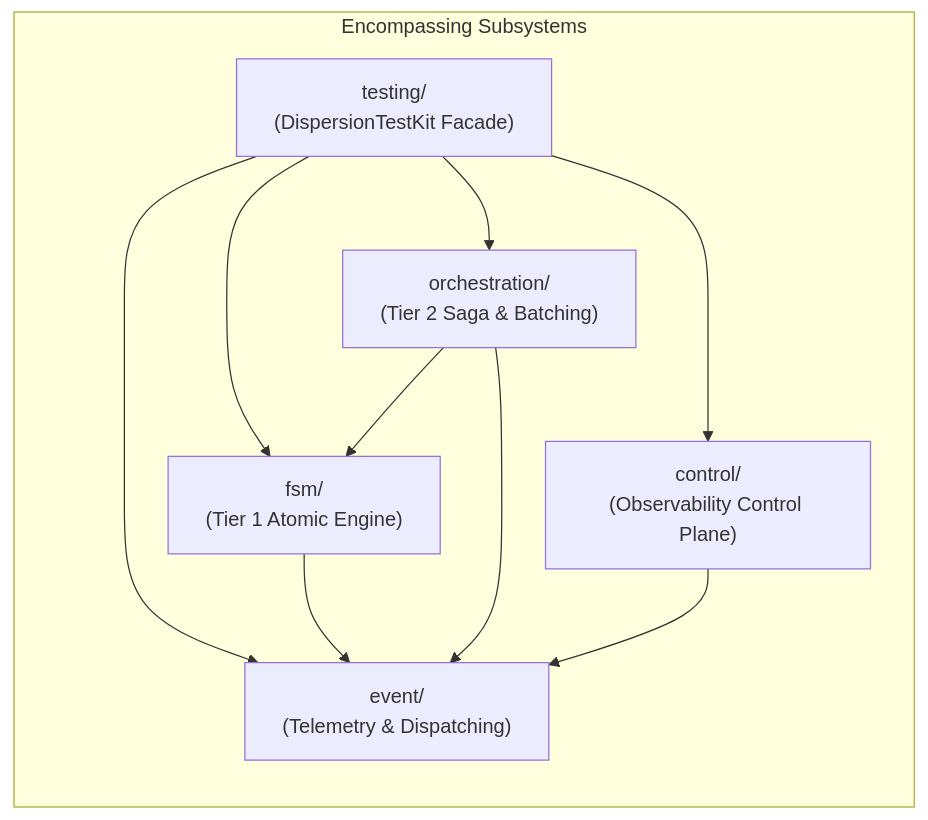
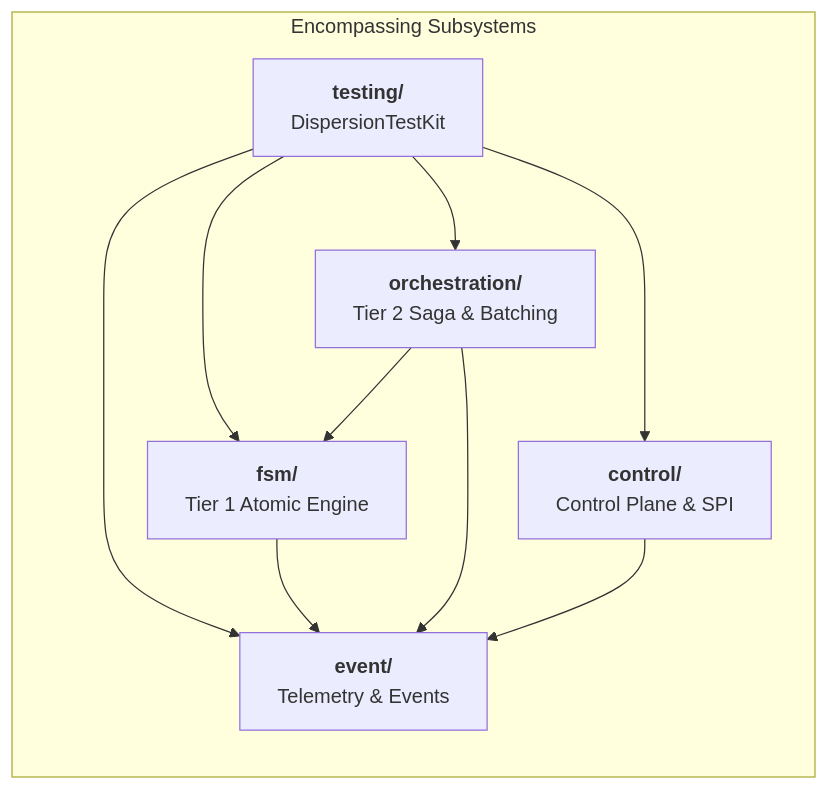
The second of 2 diagrams in README.md (f442y/dispersion), drawn with Mermaid before and after one commit. The commit also changed other lines of this file, not shown here.

Commit message:
docs: polish landing page README with hero ASCII banner, capability cards, styled mermaid diagram, and benchmark comparison

````diff
--- a/README.md
+++ b/README.md
@@ -176,16 +271,15 @@
 ```mermaid
 graph LR
     subgraph Subsystems["Encompassing Subsystems"]
-        E["event/<br/>(Telemetry & Dispatching)"]
-        F["fsm/<br/>(Tier 1 Atomic Engine)"]
-        O["orchestration/<br/>(Tier 2 Saga & Batching)"]
-        C["control/<br/>(Observability Control Plane)"]
-        T["testing/<br/>(DispersionTestKit Facade)"]
+        E["<b>event/</b><br/>Telemetry & Events"]
+        F["<b>fsm/</b><br/>Tier 1 Atomic Engine"]
+        O["<b>orchestration/</b><br/>Tier 2 Saga & Batching"]
+        C["<b>control/</b><br/>Control Plane & SPI"]
+        T["<b>testing/</b><br/>DispersionTestKit"]
     end
 
     F --> E
-    O --> F
-    O --> E
+    O --> F & E
     C --> E
     T --> E & F & O & C
 ```
````
